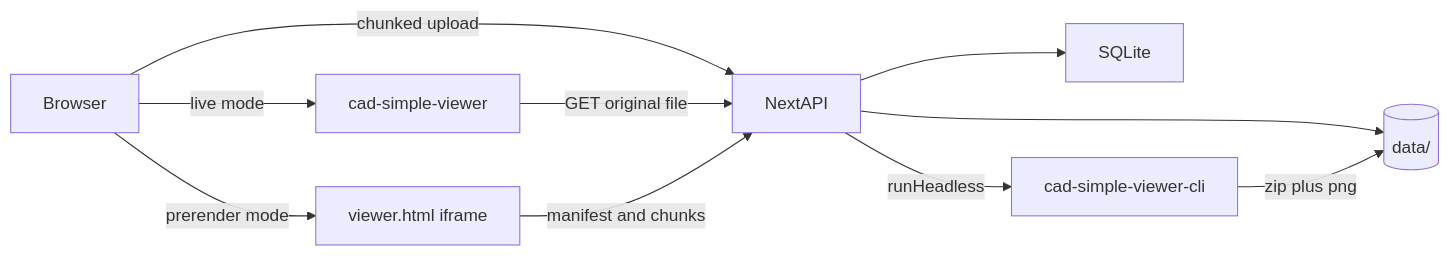
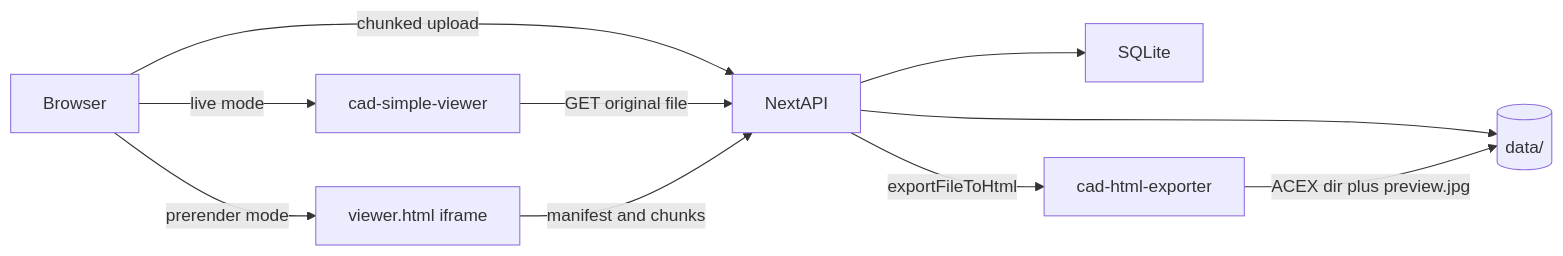
One commit to mlightcad/cad-viewer-nextjs-demo changed the diagram in docs/PLAN.md. Above: the diagram before and after it, drawn with Mermaid. The commit also changed other lines of this file and 19 other files, not shown here.

First line of the commit message:
feat: switch prerender to cad-html-exporter child process. (#2)

````diff
--- a/docs/PLAN.md
+++ b/docs/PLAN.md
@@ -10,12 +10,12 @@
 ```mermaid
 flowchart LR
   Browser -->|chunked upload| NextAPI
   NextAPI --> SQLite
   NextAPI --> Disk[(data/)]
-  NextAPI -->|runHeadless| CLI[cad-simple-viewer-cli]
-  CLI -->|zip plus png| Disk
+  NextAPI -->|exportFileToHtml| Exporter[cad-html-exporter]
+  Exporter -->|ACEX dir plus preview.jpg| Disk
   Browser -->|live mode| SimpleViewer[cad-simple-viewer]
   SimpleViewer -->|GET original file| NextAPI
   Browser -->|prerender mode| AcexIframe[viewer.html iframe]
   AcexIframe -->|manifest and chunks| NextAPI
 ```
````
